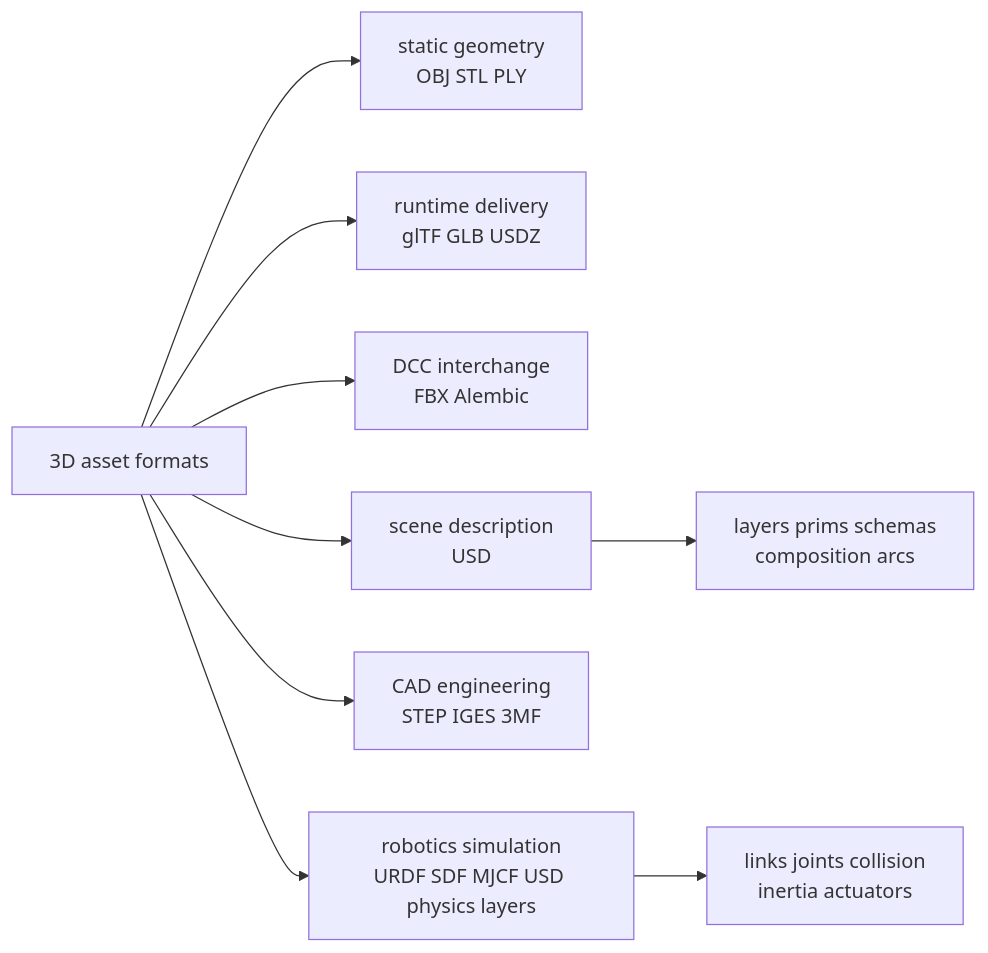
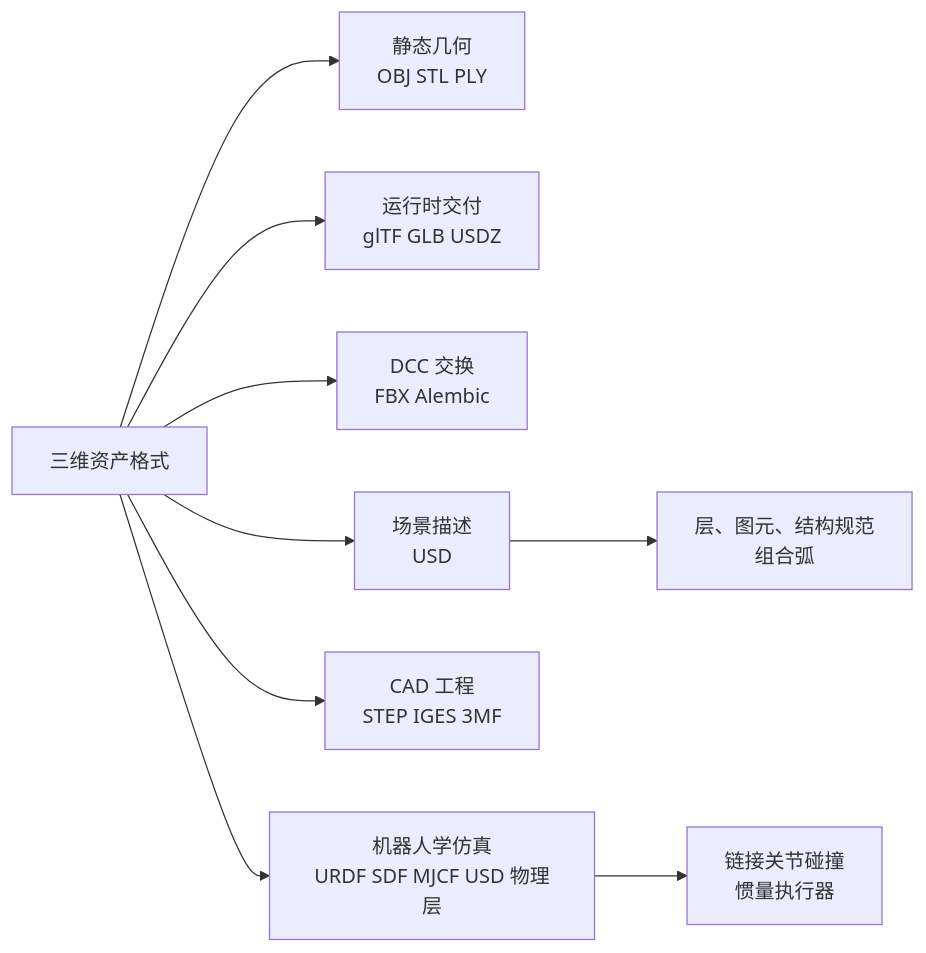
The first of 2 diagrams in wiki/syntheses/3d-model-formats-learning-map.md (niuverse/llm-wiki), drawn with Mermaid before and after one commit. The commit also changed other lines of this file and 123 other files, not shown here.

````diff
--- a/wiki/syntheses/3d-model-formats-learning-map.md
+++ b/wiki/syntheses/3d-model-formats-learning-map.md
@@ -38,11 +38,11 @@
 ```mermaid
 flowchart LR
-  F["3D asset formats"] --> M["static geometry<br/>OBJ STL PLY"]
-  F --> R["runtime delivery<br/>glTF GLB USDZ"]
-  F --> D["DCC interchange<br/>FBX Alembic"]
-  F --> S["scene description<br/>USD"]
-  F --> C["CAD engineering<br/>STEP IGES 3MF"]
-  F --> B["robotics simulation<br/>URDF SDF MJCF USD physics layers"]
-  S --> U["layers prims schemas<br/>composition arcs"]
-  B --> P["links joints collision<br/>inertia actuators"]
+  F["三维资产格式"] --> M["静态几何<br/>OBJ STL PLY"]
+  F --> R["运行时交付<br/>glTF GLB USDZ"]
+  F --> D["DCC 交换<br/>FBX Alembic"]
+  F --> S["场景描述<br/>USD"]
+  F --> C["CAD 工程<br/>STEP IGES 3MF"]
+  F --> B["机器人学仿真<br/>URDF SDF MJCF USD 物理层"]
+  S --> U["层、图元、结构规范<br/>组合弧"]
+  B --> P["链接关节碰撞<br/>惯量执行器"]
 ```
````
